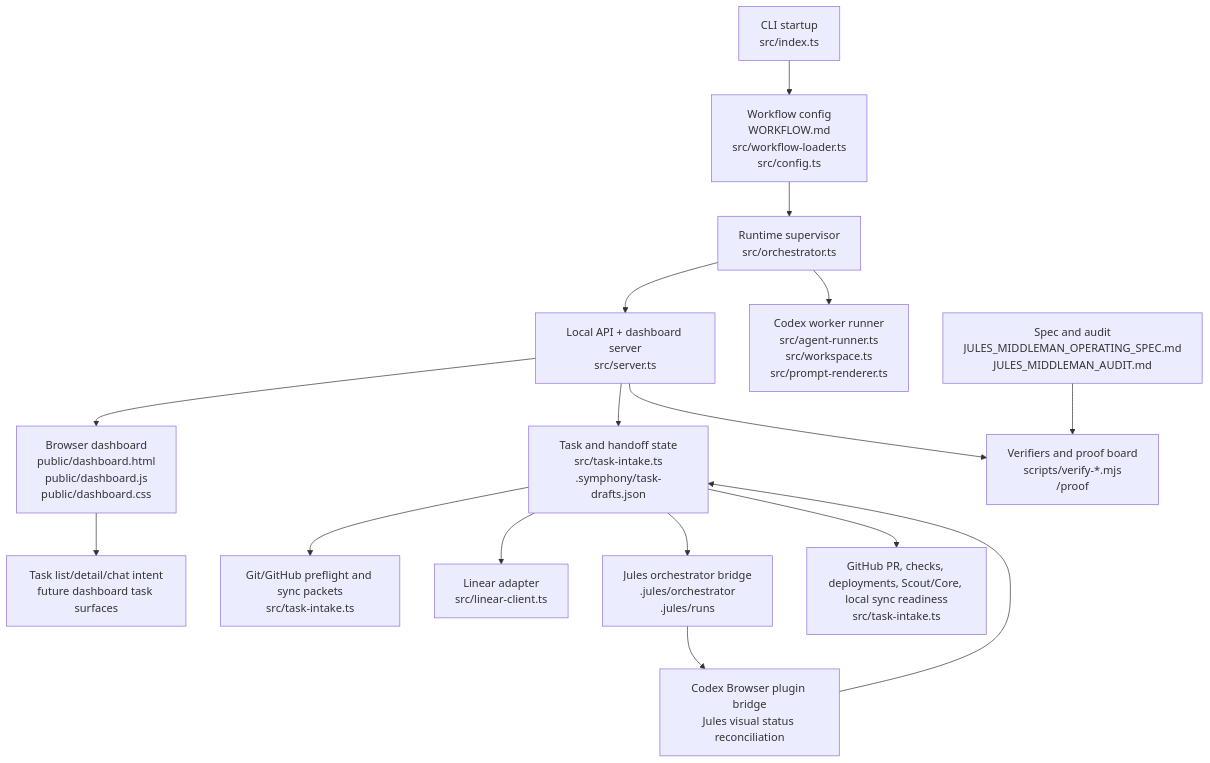
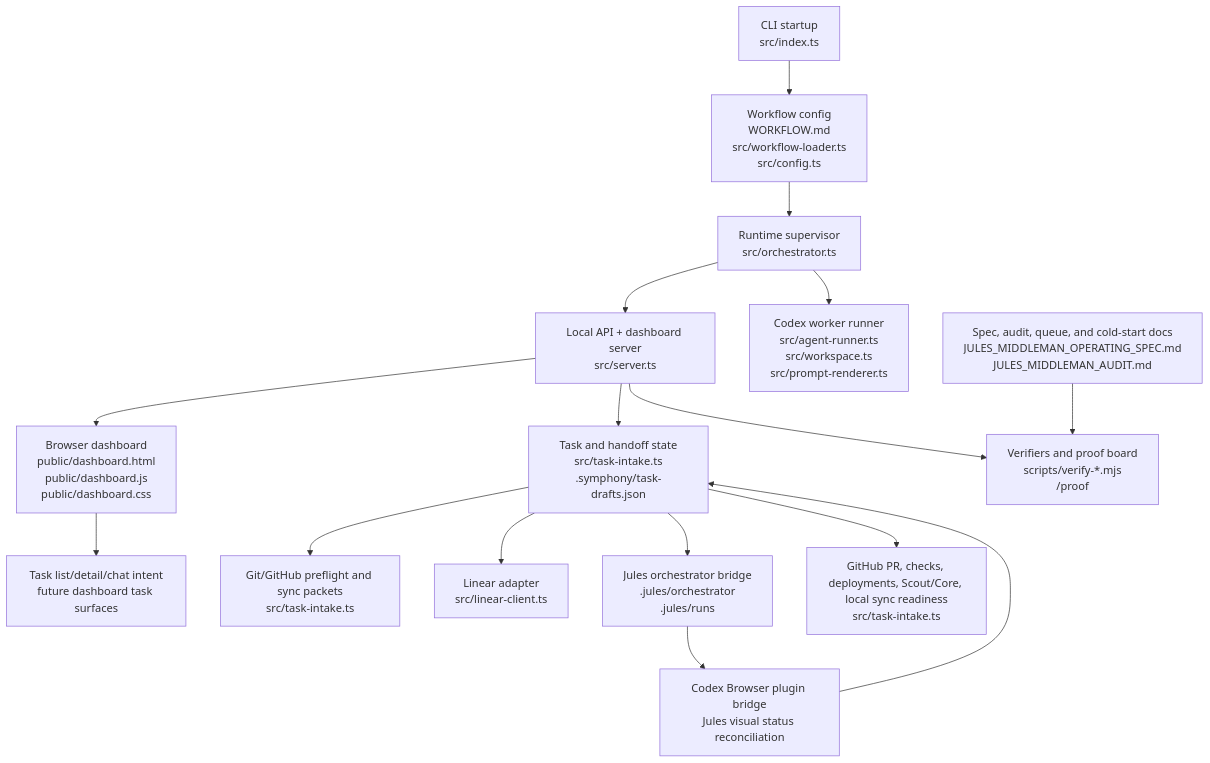
Before and after one commit to Gambitnl/Aralia: the diagram in conductor/symphony/docs/SYMPHONY_MIDDLEMAN_ARCHITECTURE.md, drawn with Mermaid. The commit also changed other lines of this file and 1011 other files, not shown here.

````diff
--- a/conductor/symphony/docs/SYMPHONY_MIDDLEMAN_ARCHITECTURE.md
+++ b/conductor/symphony/docs/SYMPHONY_MIDDLEMAN_ARCHITECTURE.md
@@ -49,34 +66,34 @@
 ```mermaid
 flowchart TD
   CLI["CLI startup\nsrc/index.ts"]
   Workflow["Workflow config\nWORKFLOW.md\nsrc/workflow-loader.ts\nsrc/config.ts"]
   Orchestrator["Runtime supervisor\nsrc/orchestrator.ts"]
   Server["Local API + dashboard server\nsrc/server.ts"]
   Dashboard["Browser dashboard\npublic/dashboard.html\npublic/dashboard.js\npublic/dashboard.css"]
   TaskView["Task list/detail/chat intent\nfuture dashboard task surfaces"]
   TaskStore["Task and handoff state\nsrc/task-intake.ts\n.symphony/task-drafts.json"]
   Git["Git/GitHub preflight and sync packets\nsrc/task-intake.ts"]
   Linear["Linear adapter\nsrc/linear-client.ts"]
   Jules["Jules orchestrator bridge\n.jules/orchestrator\n.jules/runs"]
   PR["GitHub PR, checks, deployments, Scout/Core, local sync readiness\nsrc/task-intake.ts"]
   Browser["Codex Browser plugin bridge\nJules visual status reconciliation"]
   Worker["Codex worker runner\nsrc/agent-runner.ts\nsrc/workspace.ts\nsrc/prompt-renderer.ts"]
   Proof["Verifiers and proof board\nscripts/verify-*.mjs\n/proof"]
-  Docs["Spec and audit\nJULES_MIDDLEMAN_OPERATING_SPEC.md\nJULES_MIDDLEMAN_AUDIT.md"]
+  Docs["Spec, audit, queue, and cold-start docs\nJULES_MIDDLEMAN_OPERATING_SPEC.md\nJULES_MIDDLEMAN_AUDIT.md"]
 
   CLI --> Workflow
   Workflow --> Orchestrator
   Orchestrator --> Server
   Server --> Dashboard
   Dashboard --> TaskView
   Server --> TaskStore
   TaskStore --> Git
   TaskStore --> Linear
   TaskStore --> Jules
   TaskStore --> PR
   Jules --> Browser
   Browser --> TaskStore
   Orchestrator --> Worker
   Server --> Proof
   Docs --> Proof
 ```
````
